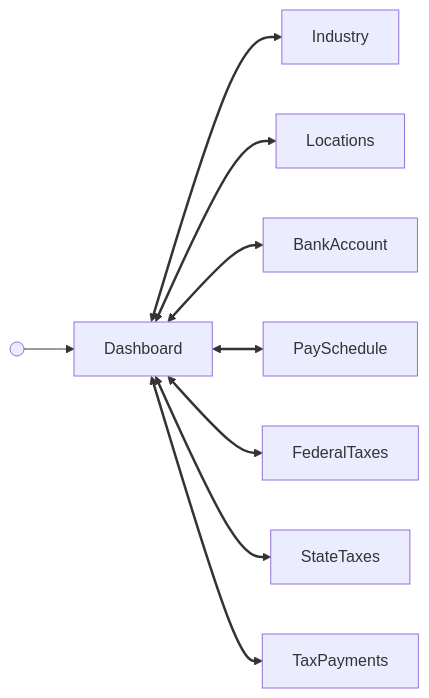
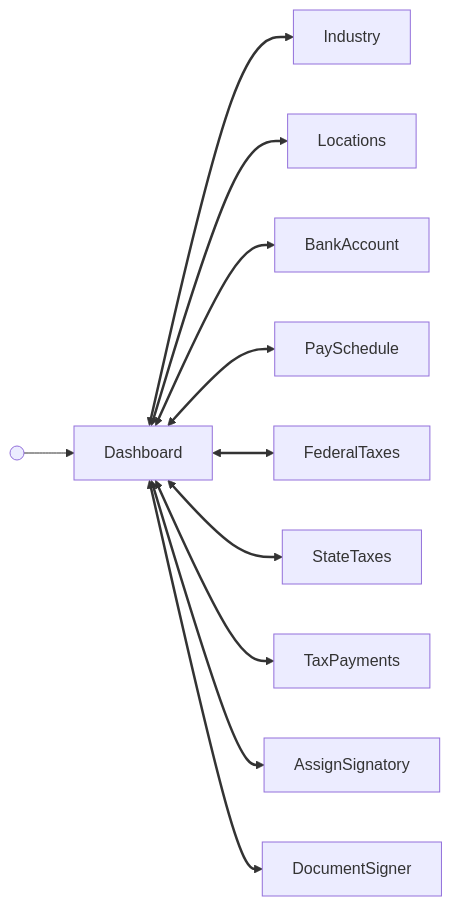
Before and after one commit to Gusto/embedded-react-sdk: the diagram in src/components/Company/Dashboard/GUIDE.md, drawn with Mermaid. The commit also changed other lines of this file and 37 other files, not shown here.

First line of the commit message:
feat(SDK-1431): add signatory card and the CompanyManagement dashboard Documents tab (#3088)

````diff
--- a/src/components/Company/Dashboard/GUIDE.md
+++ b/src/components/Company/Dashboard/GUIDE.md
@@ -25,12 +32,14 @@
 ```mermaid
 flowchart LR
   start@{ shape: sm-circ } --> Dashboard
   Dashboard <--> Industry
   Dashboard <--> Locations
   Dashboard <--> BankAccount
   Dashboard <--> PaySchedule
   Dashboard <--> FederalTaxes
   Dashboard <--> StateTaxes
   Dashboard <--> TaxPayments
-  linkStyle 1,2,3,4,5,6,7 stroke-width:2.5px
+  Dashboard <--> AssignSignatory
+  Dashboard <--> DocumentSigner
+  linkStyle 1,2,3,4,5,6,7,8,9 stroke-width:2.5px
 ```
````
